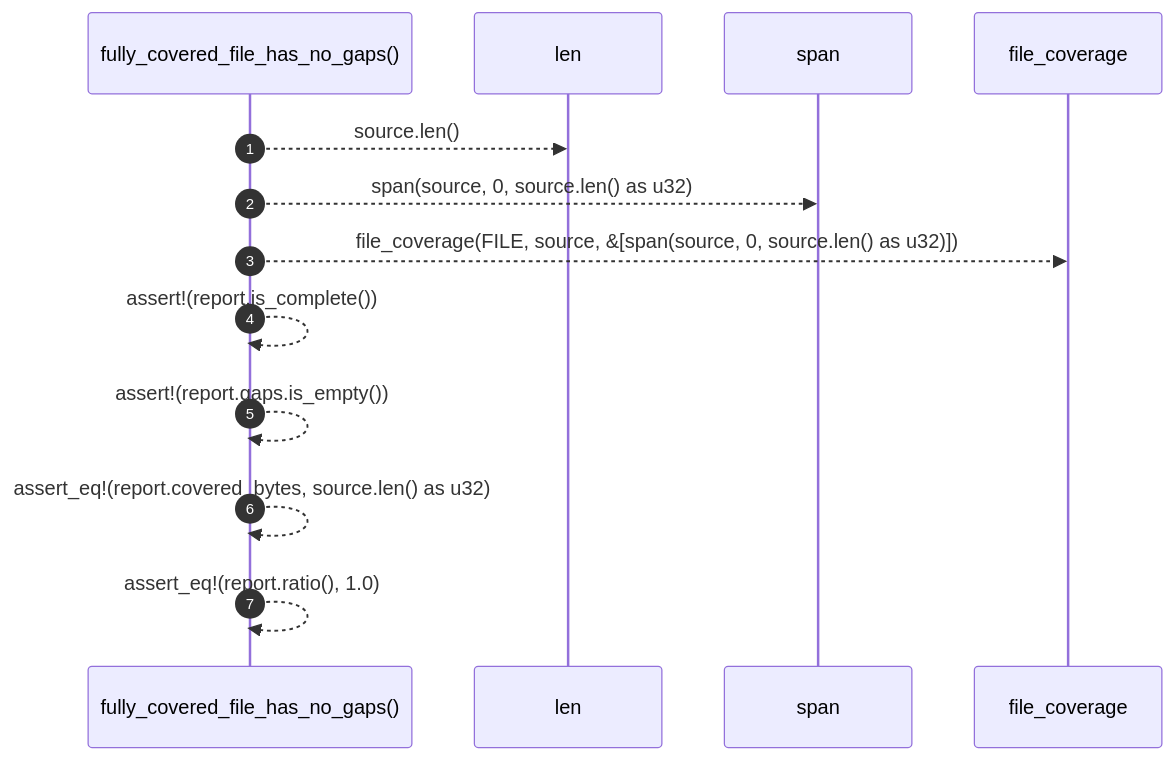
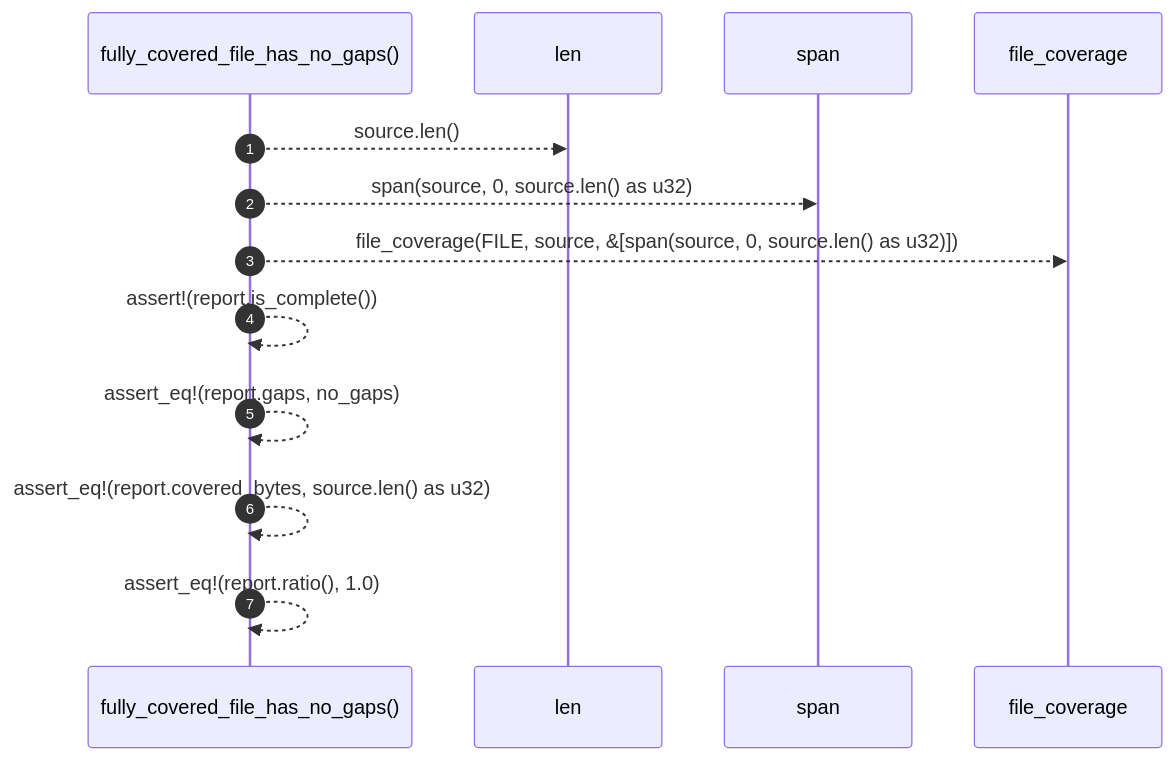
Before and after one commit to RyanGuild/self-describing-code: the diagram in docs/self-model/robby_ir/test_coverage/fully-covered-file-has-no-gaps.md, drawn with Mermaid. The commit also changed other lines of this file and 747 other files, not shown here.

````diff
--- a/docs/self-model/robby_ir/test_coverage/fully-covered-file-has-no-gaps.md
+++ b/docs/self-model/robby_ir/test_coverage/fully-covered-file-has-no-gaps.md
@@ -25,15 +26,15 @@
 ```mermaid
 sequenceDiagram
     autonumber
     participant fully_covered_file_has_no_gaps as fully_covered_file_has_no_gaps()
     participant len as len
     participant span as span
     participant file_coverage as file_coverage
     fully_covered_file_has_no_gaps-->>len: source.len()
     fully_covered_file_has_no_gaps-->>span: span(source, 0, source.len() as u32)
     fully_covered_file_has_no_gaps-->>file_coverage: file_coverage(FILE, source, &[span(source, 0, source.len() as u32)])
     fully_covered_file_has_no_gaps-->>fully_covered_file_has_no_gaps: assert!(report.is_complete())
-    fully_covered_file_has_no_gaps-->>fully_covered_file_has_no_gaps: assert!(report.gaps.is_empty())
+    fully_covered_file_has_no_gaps-->>fully_covered_file_has_no_gaps: assert_eq!(report.gaps, no_gaps)
     fully_covered_file_has_no_gaps-->>fully_covered_file_has_no_gaps: assert_eq!(report.covered_bytes, source.len() as u32)
     fully_covered_file_has_no_gaps-->>fully_covered_file_has_no_gaps: assert_eq!(report.ratio(), 1.0)
 ```
````
